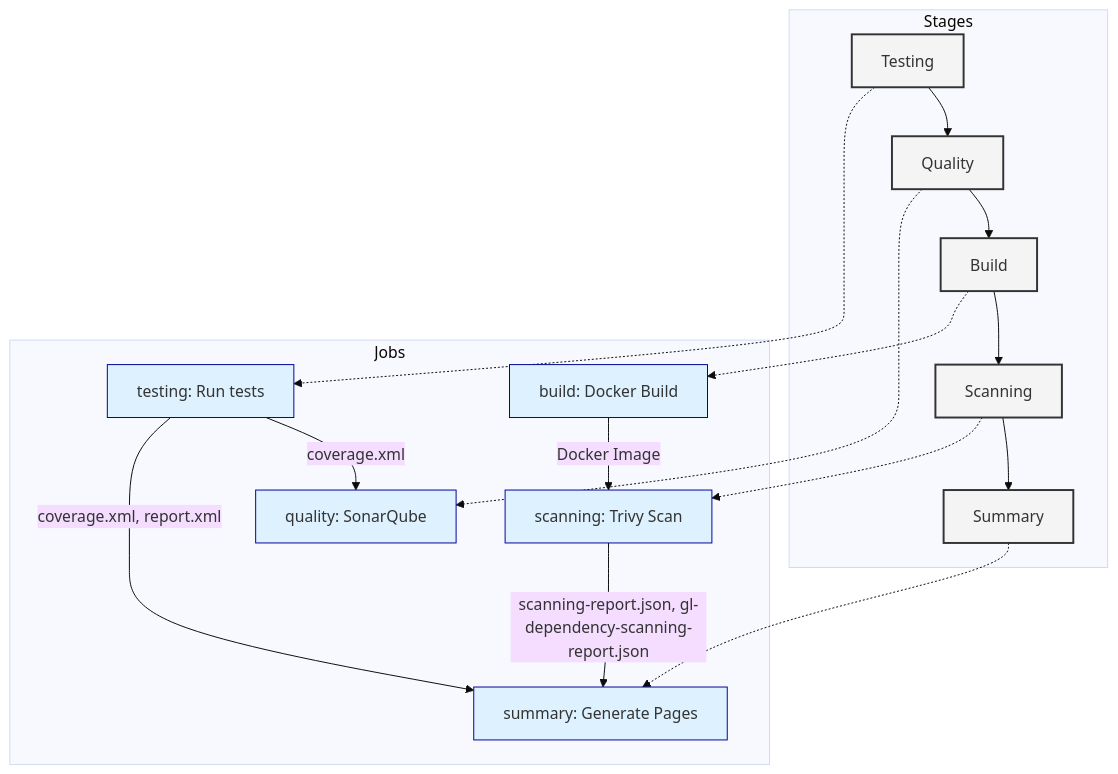
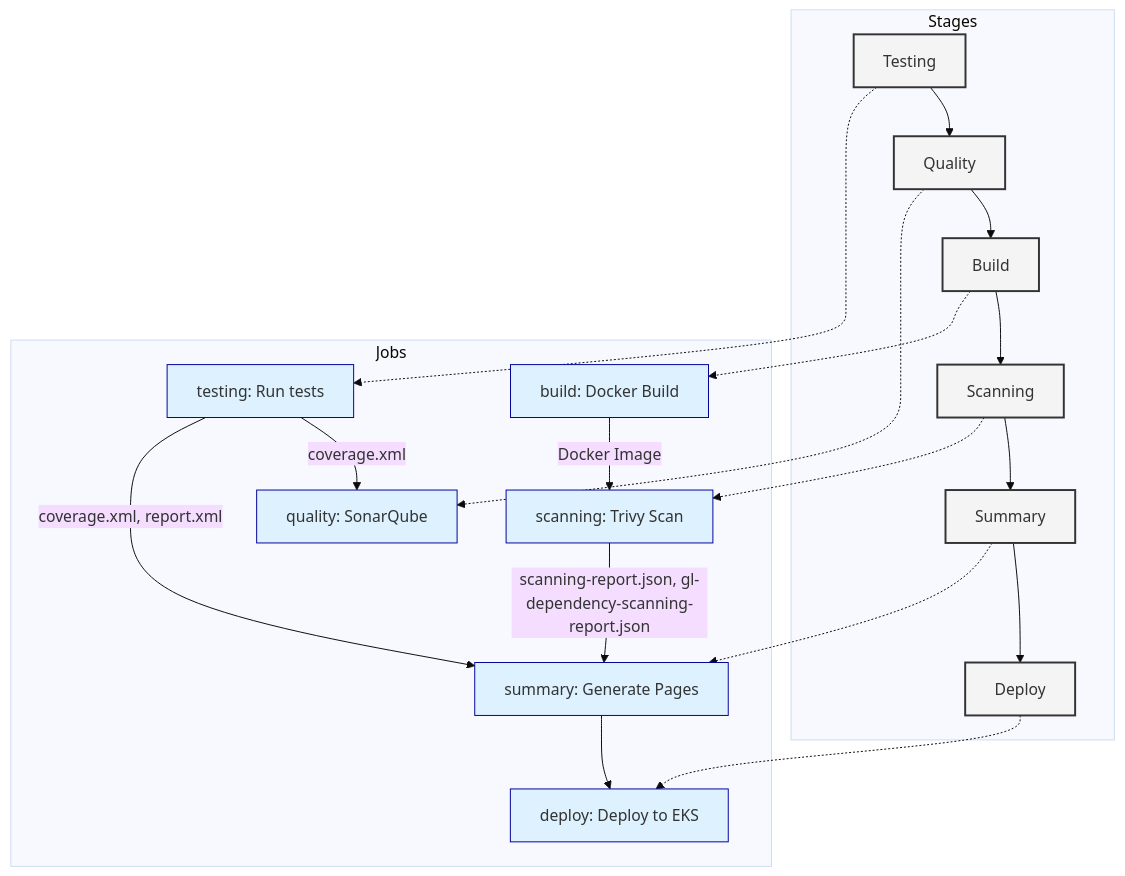
One commit to Tiagonardini/Telegram-Bot-P1 changed the fourth of 5 diagrams in README.md. Above: the diagram before and after it, drawn with Mermaid (base theme). The commit also changed other lines of this file and 11 other files, not shown here.

````diff
--- a/README.md
+++ b/README.md
@@ -216,32 +218,36 @@
 ```mermaid
 graph TD;
   
   subgraph Stages
     A1[Testing] --> A2[Quality]
     A2 --> A3[Build]
     A3 --> A4[Scanning]
     A4 --> A5[Summary]
+    A5 --> A6[Deploy]
   end
 
   subgraph Jobs
     T1[testing: Run tests] -->|coverage.xml| Q1[quality: SonarQube];
     T1 -->|coverage.xml, report.xml| S1[summary: Generate Pages];
     
     B1[build: Docker Build] -->|Docker Image| SC1[scanning: Trivy Scan];
     
     SC1 -->|scanning-report.json, gl-dependency-scanning-report.json| S1;
+
+    S1 --> D1[deploy: Deploy to EKS]
   end
 
   %% Relaciones entre stages y jobs
   A1 -.-> T1;
   A2 -.-> Q1;
   A3 -.-> B1;
   A4 -.-> SC1;
   A5 -.-> S1;
+  A6 -.-> D1;
 
   %% Estilos para diferenciar los grupos
   classDef stages fill:#f4f4f4,stroke:#333,stroke-width:2px;
   classDef jobs fill:#ddf1ff,stroke:#009,stroke-width:1px;
-  class A1,A2,A3,A4,A5 stages;
-  class T1,Q1,B1,SC1,S1 jobs;
+  class A1,A2,A3,A4,A5,A6 stages;
+  class T1,Q1,B1,SC1,S1,D1 jobs;
 ```
````
